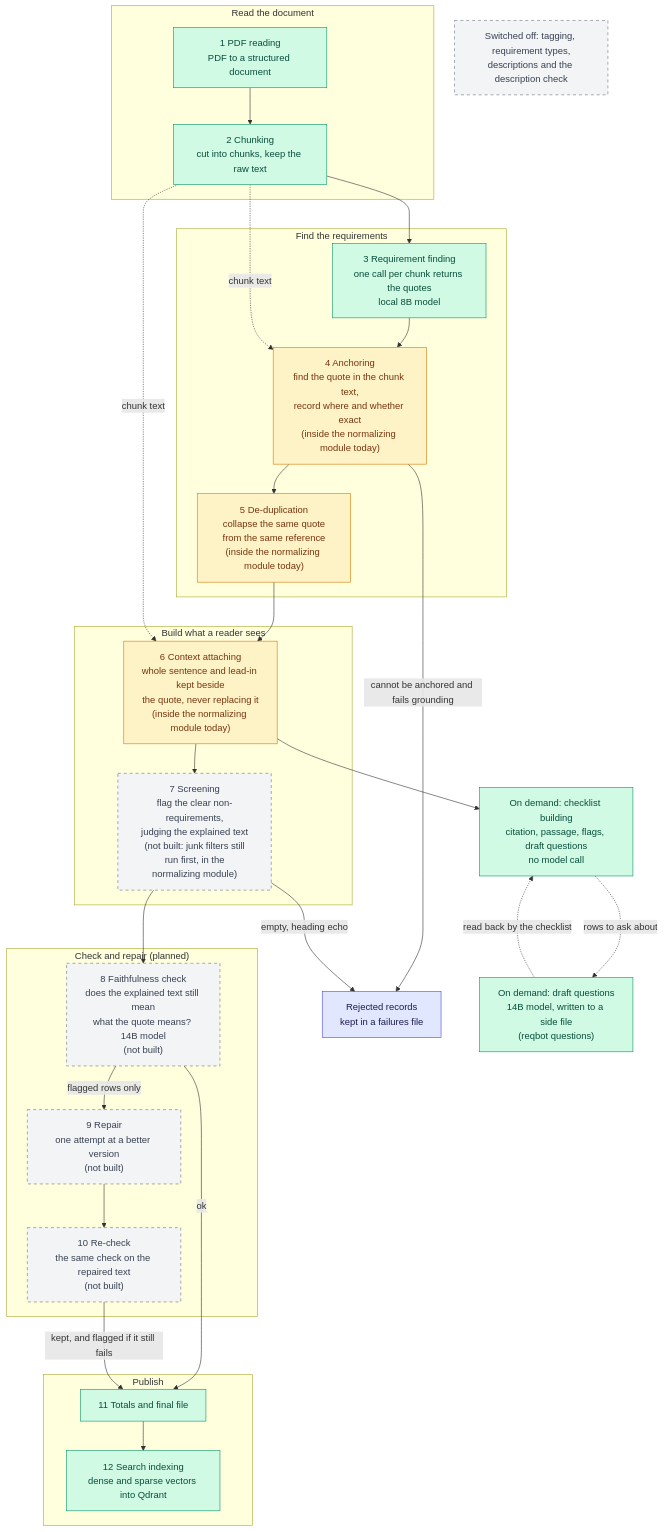
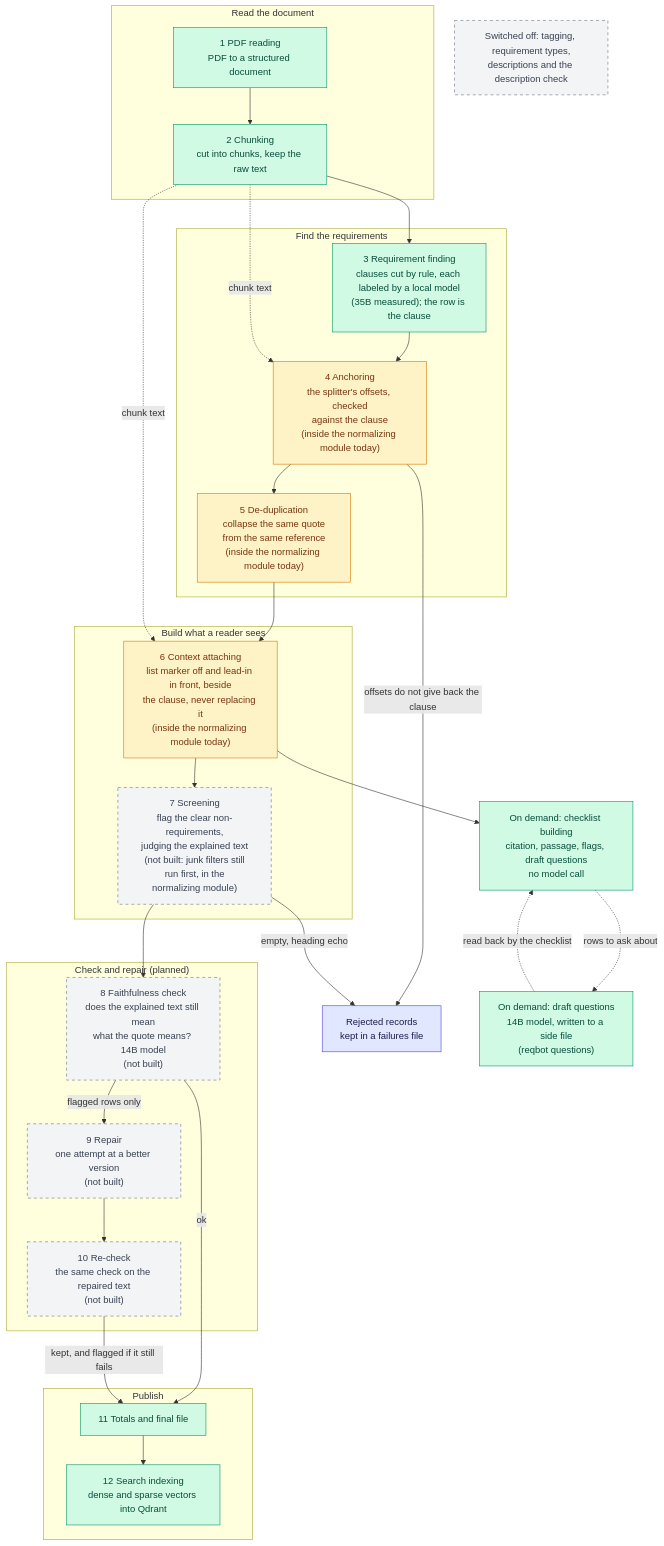
The first of 3 diagrams in docs/ARCHITECTURE.md (TylerGRClark/ReqBot), drawn with Mermaid before and after one commit. The commit also changed other lines of this file and 81 other files, not shown here.

First line of the commit message:
feat(pipeline): requirement finding is clause labeling; delete the list-writing step (WP-4) (#365)

````diff
--- a/docs/ARCHITECTURE.md
+++ b/docs/ARCHITECTURE.md
@@ -52,58 +52,58 @@
 ```mermaid
 flowchart TD
     subgraph READ["Read the document"]
         N1["1 PDF reading<br/>PDF to a structured document"]
         N2["2 Chunking<br/>cut into chunks, keep the raw text"]
     end
     subgraph FIND["Find the requirements"]
-        N3["3 Requirement finding<br/>one call per chunk returns the quotes<br/>local 8B model"]
-        N4["4 Anchoring<br/>find the quote in the chunk text,<br/>record where and whether exact<br/>(inside the normalizing module today)"]
+        N3["3 Requirement finding<br/>clauses cut by rule, each labeled by a local model<br/>(35B measured); the row is the clause"]
+        N4["4 Anchoring<br/>the splitter's offsets, checked<br/>against the clause<br/>(inside the normalizing module today)"]
         N5["5 De-duplication<br/>collapse the same quote<br/>from the same reference<br/>(inside the normalizing module today)"]
     end
     subgraph BUILD["Build what a reader sees"]
-        N6["6 Context attaching<br/>whole sentence and lead-in kept beside<br/>the quote, never replacing it<br/>(inside the normalizing module today)"]
+        N6["6 Context attaching<br/>list marker off and lead-in in front, beside<br/>the clause, never replacing it<br/>(inside the normalizing module today)"]
         N7["7 Screening<br/>flag the clear non-requirements,<br/>judging the explained text<br/>(not built: junk filters still<br/>run first, in the<br/>normalizing module)"]
     end
     subgraph CHECK["Check and repair (planned)"]
         N8["8 Faithfulness check<br/>does the explained text still mean<br/>what the quote means? 14B model<br/>(not built)"]
         N9["9 Repair<br/>one attempt at a better version<br/>(not built)"]
         N10["10 Re-check<br/>the same check on the repaired text<br/>(not built)"]
     end
     subgraph PUBLISH["Publish"]
         N11["11 Totals and final file"]
         N12["12 Search indexing<br/>dense and sparse vectors into Qdrant"]
     end
     FAIL["Rejected records<br/>kept in a failures file"]
     CL["On demand: checklist building<br/>citation, passage, flags, draft questions<br/>no model call"]
     DQ["On demand: draft questions<br/>14B model, written to a side file<br/>(reqbot questions)"]
     OFF["Switched off: tagging, requirement types,<br/>descriptions and the description check"]
 
     N1 --> N2
     N2 --> N3
     N3 --> N4
     N4 --> N5
     N5 --> N6
     N6 --> N7
     N7 --> N8
     N2 -.->|"chunk text"| N4
     N2 -.->|"chunk text"| N6
-    N4 -->|"cannot be anchored and fails grounding"| FAIL
+    N4 -->|"offsets do not give back the clause"| FAIL
     N7 -->|"empty, heading echo"| FAIL
     N8 -->|"ok"| N11
     N8 -->|"flagged rows only"| N9
     N9 --> N10
     N10 -->|"kept, and flagged if it still fails"| N11
     N11 --> N12
     N6 --> CL
     CL -.->|"rows to ask about"| DQ
     DQ -.->|"read back by the checklist"| CL
 
     classDef built fill:#d1fae5,stroke:#059669,color:#064e3b;
     classDef inside fill:#fef3c7,stroke:#d97706,color:#78350f;
     classDef planned fill:#f3f4f6,stroke:#6b7280,color:#374151,stroke-dasharray: 5 5;
     classDef side fill:#e0e7ff,stroke:#4f46e5,color:#1e1b4b;
     class N1,N2,N3,N11,N12,CL,DQ built;
     class N4,N5,N6 inside;
     class N7,N8,N9,N10,OFF planned;
     class FAIL side;
 ```
````
